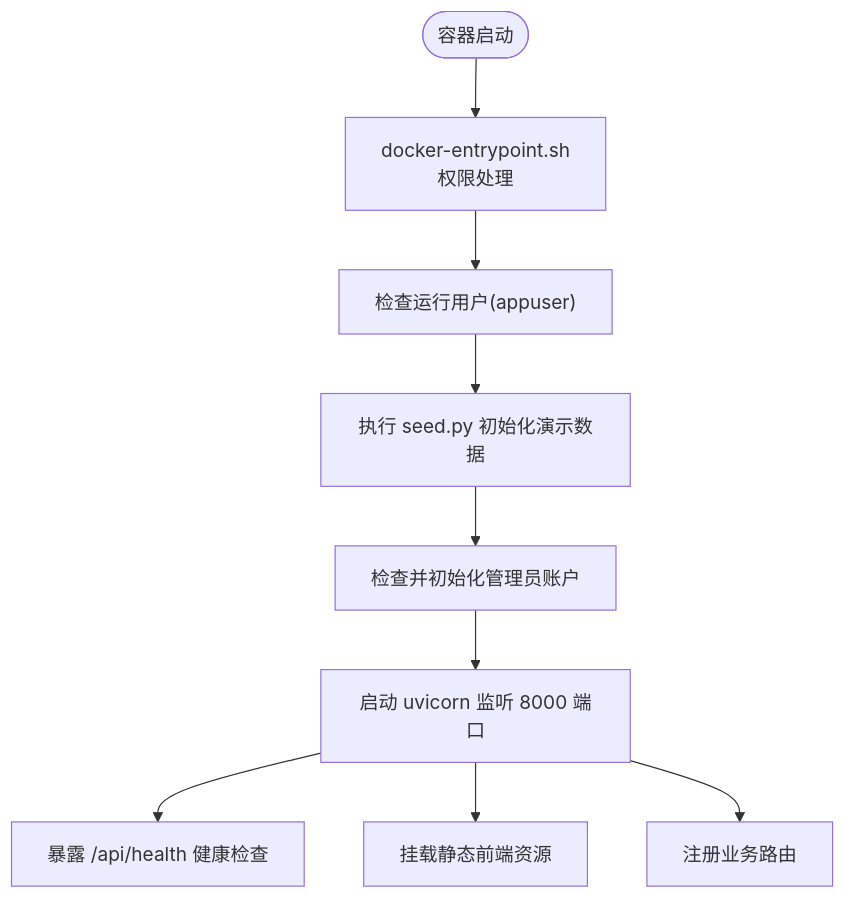
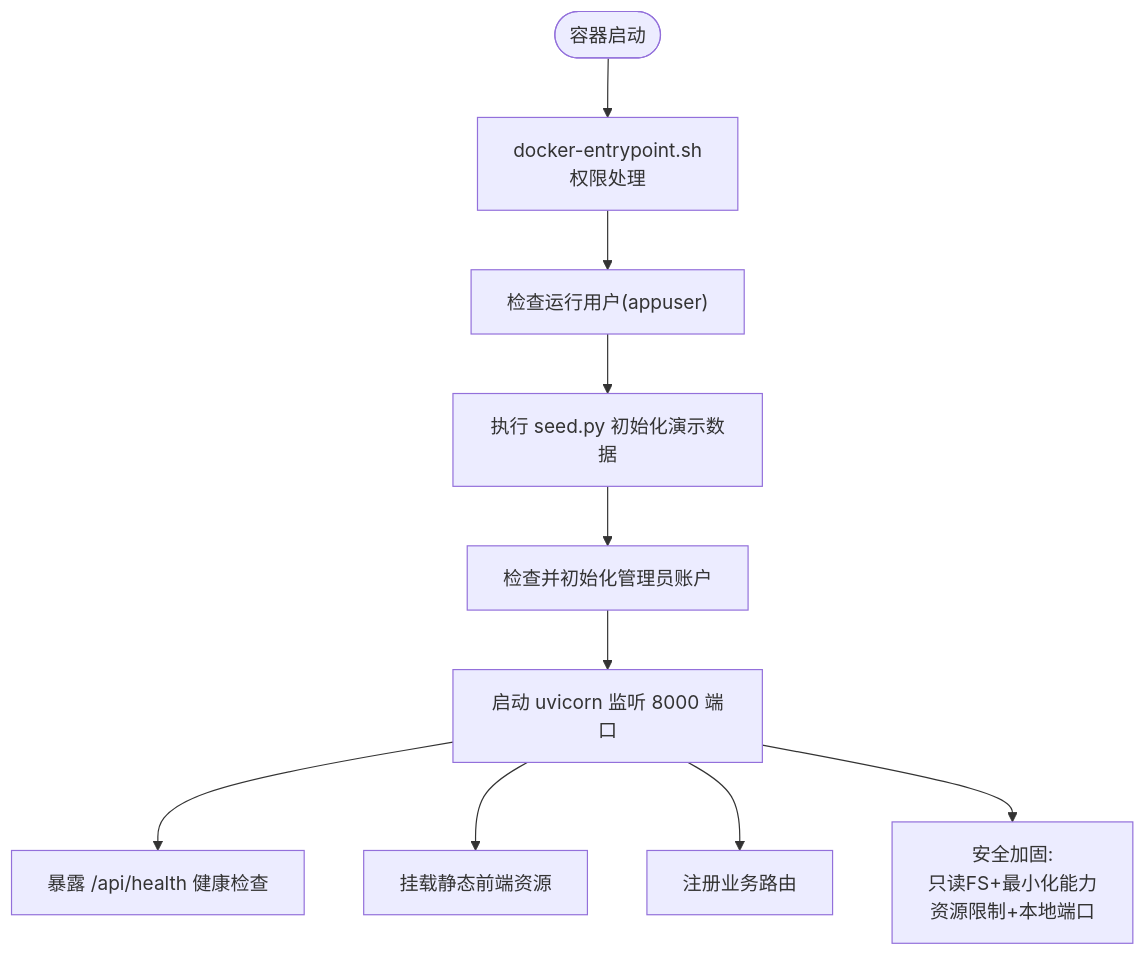
One commit to onebody/homework changed the fifth of 6 diagrams in .qoder/repowiki/zh/content/部署与运维指南/Docker容器化部署.md. Above: the diagram before and after it, drawn with Mermaid. The commit also changed other lines of this file and 35 other files, not shown here.

````diff
--- a/.qoder/repowiki/zh/content/部署与运维指南/Docker容器化部署.md
+++ b/.qoder/repowiki/zh/content/部署与运维指南/Docker容器化部署.md
@@ -367,11 +396,12 @@
 ```mermaid
 flowchart TD
 Start(["容器启动"]) --> Entrypoint["docker-entrypoint.sh<br/>权限处理"]
 Entrypoint --> UserCheck["检查运行用户(appuser)"]
 UserCheck --> Seed["执行 seed.py 初始化演示数据"]
 Seed --> AdminInit["检查并初始化管理员账户"]
 AdminInit --> Uvicorn["启动 uvicorn 监听 8000 端口"]
 Uvicorn --> Health["暴露 /api/health 健康检查"]
 Uvicorn --> Static["挂载静态前端资源"]
 Uvicorn --> API["注册业务路由"]
+Uvicorn --> Security["安全加固:<br/>只读FS+最小化能力<br/>资源限制+本地端口"]
 ```
````
